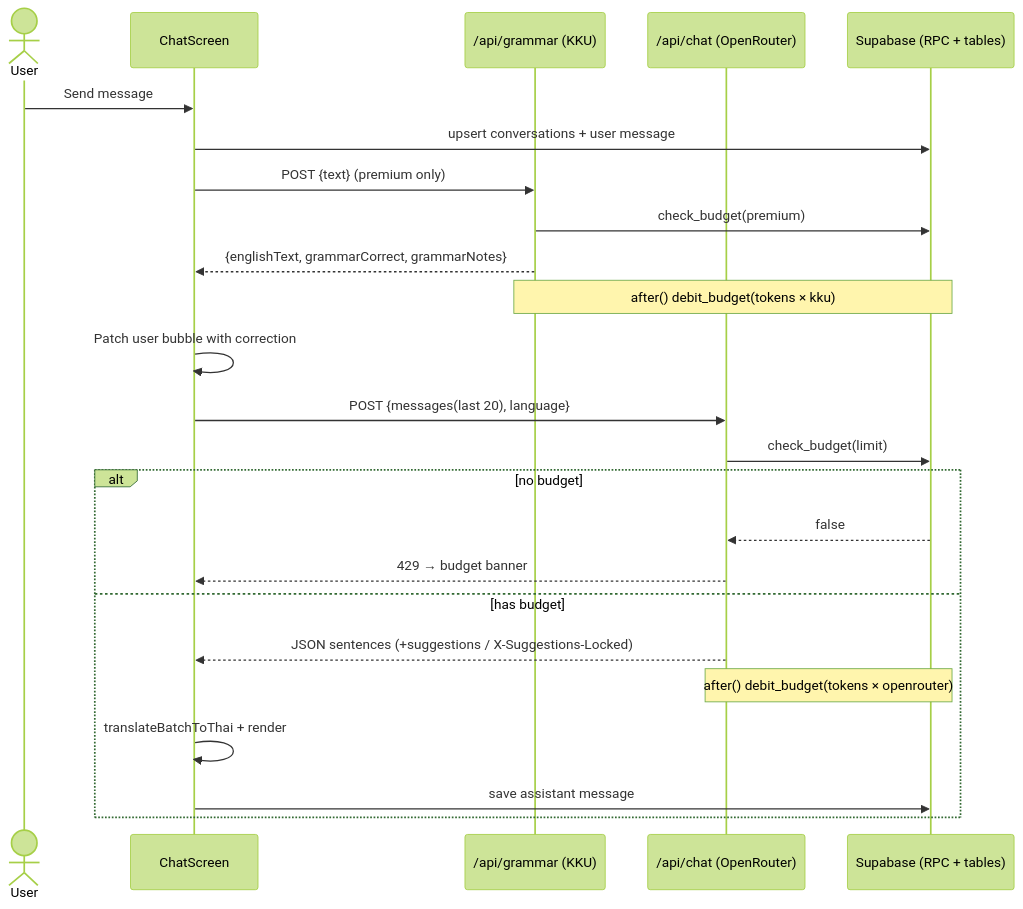
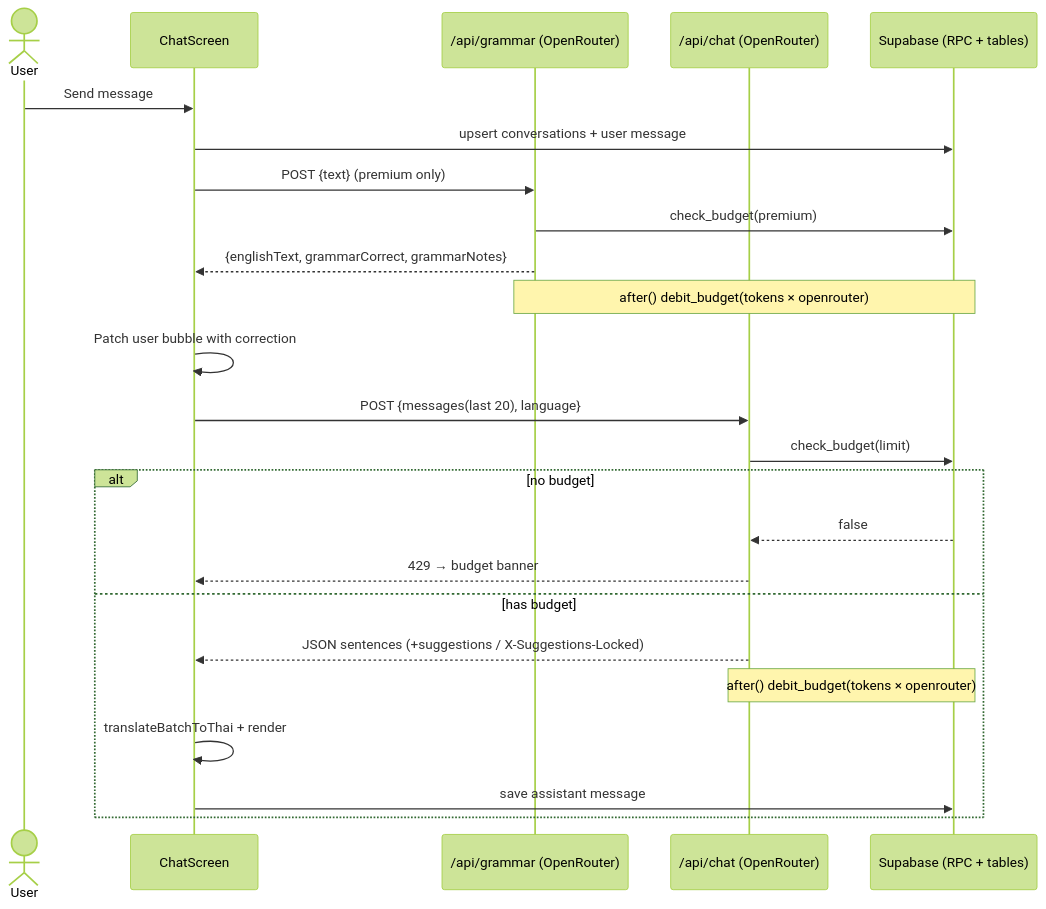
The first of 3 diagrams in tranly/design-docs/sequence-diagram.md (PATHAPHON/Evely-ai-project), drawn with Mermaid (forest theme) before and after one commit. The commit also changed other lines of this file and 16 other files, not shown here.

Commit message:
refactor(ai): switch to Google Gemini 3.1 Flash Lite via OpenRouter and remove KKU/DeepL

````diff
--- a/tranly/design-docs/sequence-diagram.md
+++ b/tranly/design-docs/sequence-diagram.md
@@ -7,27 +7,27 @@
 ```mermaid
 sequenceDiagram
     actor User
     participant UI as ChatScreen
-    participant Grammar as /api/grammar (KKU)
+    participant Grammar as /api/grammar (OpenRouter)
     participant Chat as /api/chat (OpenRouter)
     participant DB as Supabase (RPC + tables)
 
     User->>UI: Send message
     UI->>DB: upsert conversations + user message
     UI->>Grammar: POST {text} (premium only)
     Grammar->>DB: check_budget(premium)
     Grammar-->>UI: {englishText, grammarCorrect, grammarNotes}
-    Note over Grammar,DB: after() debit_budget(tokens × kku)
+    Note over Grammar,DB: after() debit_budget(tokens × openrouter)
     UI->>UI: Patch user bubble with correction
     UI->>Chat: POST {messages(last 20), language}
     Chat->>DB: check_budget(limit)
     alt no budget
         DB-->>Chat: false
         Chat-->>UI: 429 → budget banner
     else has budget
         Chat-->>UI: JSON sentences (+suggestions / X-Suggestions-Locked)
         Note over Chat,DB: after() debit_budget(tokens × openrouter)
         UI->>UI: translateBatchToThai + render
         UI->>DB: save assistant message
     end
 ```
````
